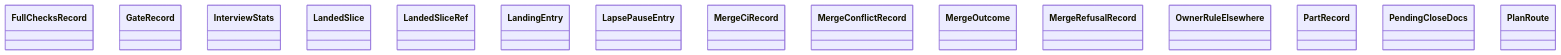
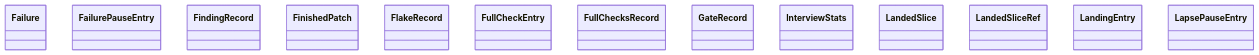
One commit to GonzaloZevallos/agentic-system changed the diagram in docs/architecture/generated/classes-process-domain-state-4.md. Above: the diagram before and after it, drawn with Mermaid. The commit also changed other lines of this file and 18 other files, not shown here.

First line of the commit message:
Regenerate the architecture pages for the shadow record types

````diff
--- a/docs/architecture/generated/classes-process-domain-state-4.md
+++ b/docs/architecture/generated/classes-process-domain-state-4.md
@@ -22,18 +23,16 @@
 ```mermaid
 classDiagram
+    class task__Failure["Failure"]
+    class task__FailurePauseEntry["FailurePauseEntry"]
+    class task__FindingRecord["FindingRecord"]
+    class task__FinishedPatch["FinishedPatch"]
+    class task__FlakeRecord["FlakeRecord"]
+    class task__FullCheckEntry["FullCheckEntry"]
     class task__FullChecksRecord["FullChecksRecord"]
     class task__GateRecord["GateRecord"]
     class task__InterviewStats["InterviewStats"]
     class task__LandedSlice["LandedSlice"]
     class task__LandedSliceRef["LandedSliceRef"]
     class task__LandingEntry["LandingEntry"]
     class task__LapsePauseEntry["LapsePauseEntry"]
-    class task__MergeCiRecord["MergeCiRecord"]
-    class task__MergeConflictRecord["MergeConflictRecord"]
-    class task__MergeOutcome["MergeOutcome"]
-    class task__MergeRefusalRecord["MergeRefusalRecord"]
-    class task__OwnerRuleElsewhere["OwnerRuleElsewhere"]
-    class task__PartRecord["PartRecord"]
-    class task__PendingCloseDocs["PendingCloseDocs"]
-    class task__PlanRoute["PlanRoute"]
 ```
````
